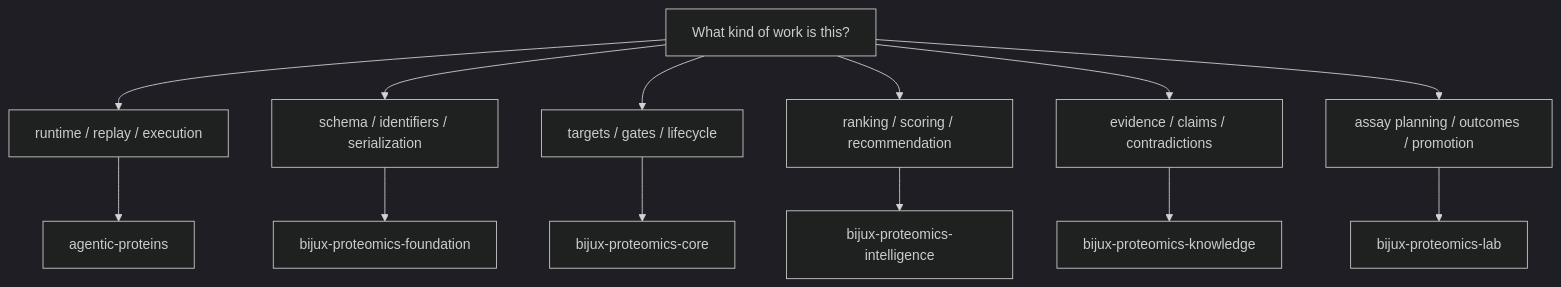
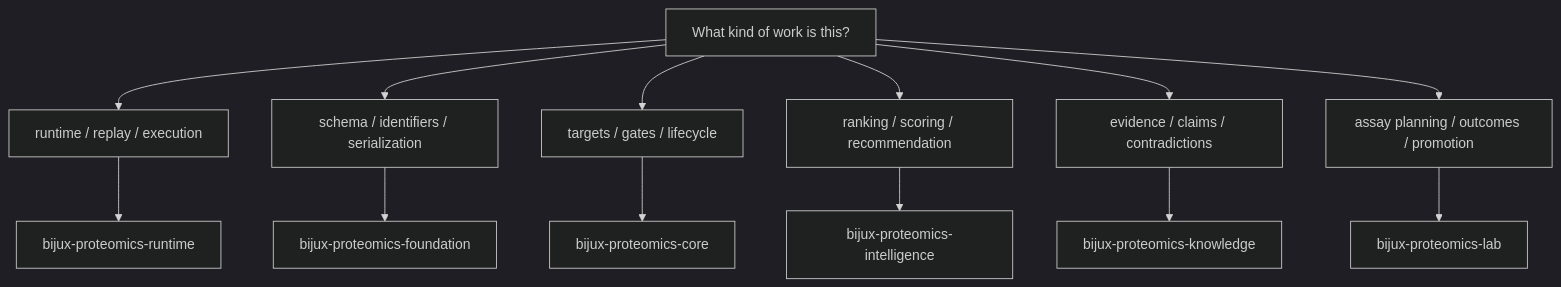
The diagram in docs/01-bijux-proteomics/foundation/package-map.md (bijux/bijux-proteomics), drawn with Mermaid (dark theme) before and after one commit. The commit also changed other lines of this file and 11 other files, not shown here.

````diff
--- a/docs/01-bijux-proteomics/foundation/package-map.md
+++ b/docs/01-bijux-proteomics/foundation/package-map.md
@@ -16,17 +16,17 @@
 ```mermaid
 flowchart TD
     Q[What kind of work is this?]
     Q --> R1[runtime / replay / execution]
     Q --> R2[schema / identifiers / serialization]
     Q --> R3[targets / gates / lifecycle]
     Q --> R4[ranking / scoring / recommendation]
     Q --> R5[evidence / claims / contradictions]
     Q --> R6[assay planning / outcomes / promotion]
 
-    R1 --> P1[agentic-proteins]
+    R1 --> P1[bijux-proteomics-runtime]
     R2 --> P2[bijux-proteomics-foundation]
     R3 --> P3[bijux-proteomics-core]
     R4 --> P4[bijux-proteomics-intelligence]
     R5 --> P5[bijux-proteomics-knowledge]
     R6 --> P6[bijux-proteomics-lab]
 ```
````
